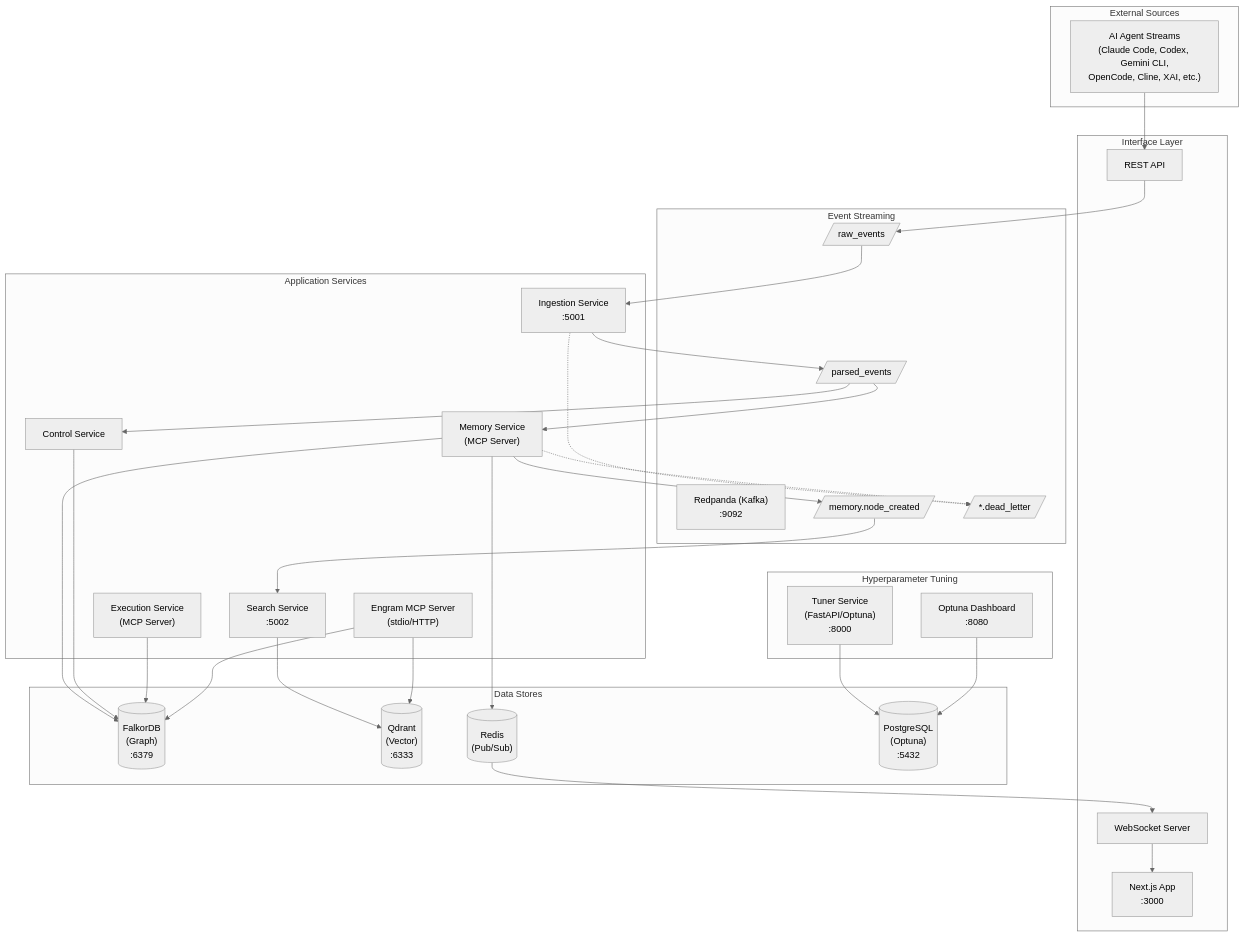
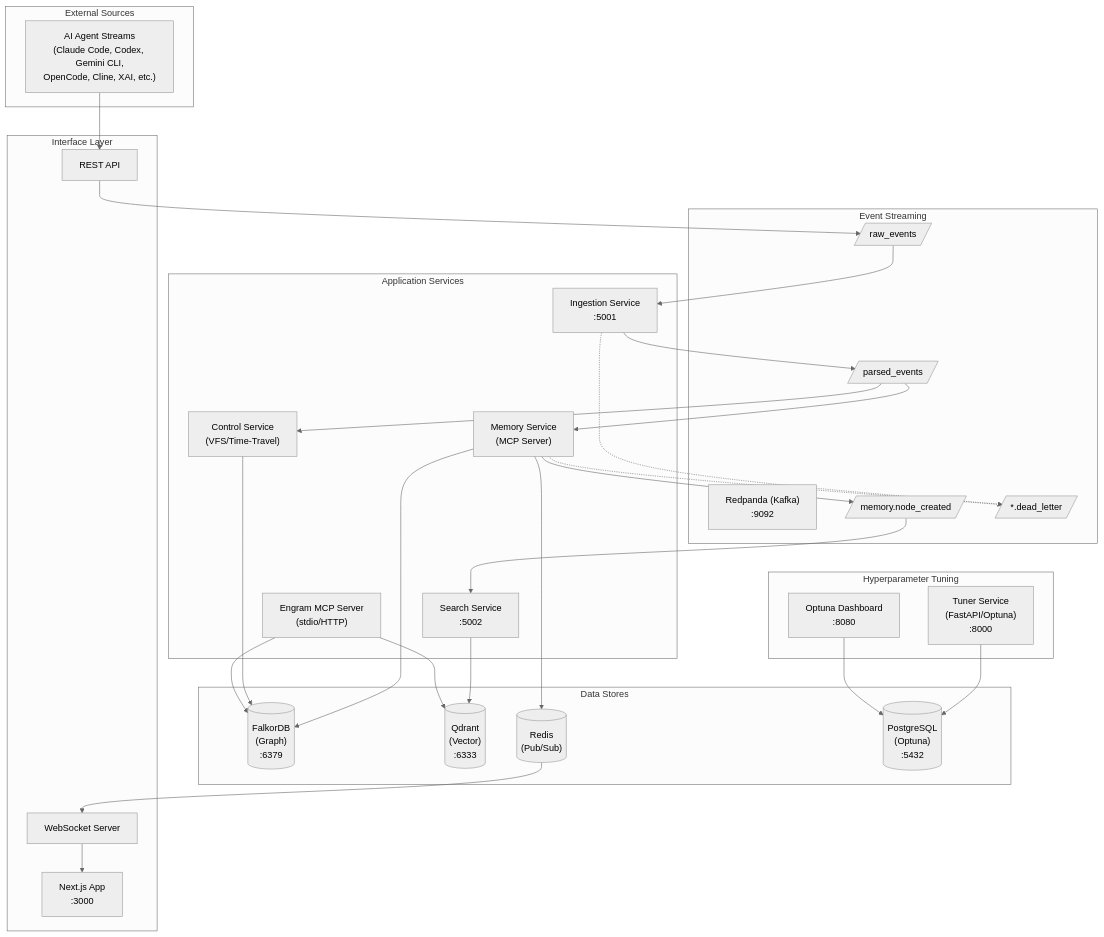
The first of 12 diagrams in ARCHITECTURE.md (rawcontext/engram), drawn with Mermaid (neutral theme) before and after one commit. The commit also changed other lines of this file and 13 other files, not shown here.

````diff
--- a/ARCHITECTURE.md
+++ b/ARCHITECTURE.md
@@ -7,68 +7,66 @@
 ```mermaid
 flowchart TB
     subgraph External["External Sources"]
         Agent["AI Agent Streams<br/>(Claude Code, Codex, Gemini CLI,<br/>OpenCode, Cline, XAI, etc.)"]
     end
 
     subgraph Interface["Interface Layer"]
         NextJS["Next.js App<br/>:3000"]
         WebSocket["WebSocket Server"]
         API["REST API"]
     end
 
     subgraph Streaming["Event Streaming"]
         Redpanda["Redpanda (Kafka)<br/>:9092"]
         RawTopic[/"raw_events"/]
         ParsedTopic[/"parsed_events"/]
         NodeTopic[/"memory.node_created"/]
         DLQ[/"*.dead_letter"/]
     end
 
     subgraph Services["Application Services"]
         Ingestion["Ingestion Service<br/>:5001"]
         Memory["Memory Service<br/>(MCP Server)"]
         Search["Search Service<br/>:5002"]
-        Control["Control Service"]
-        Execution["Execution Service<br/>(MCP Server)"]
+        Control["Control Service<br/>(VFS/Time-Travel)"]
         EngramMCP["Engram MCP Server<br/>(stdio/HTTP)"]
     end
 
     subgraph Storage["Data Stores"]
         Falkor[("FalkorDB<br/>(Graph)<br/>:6379")]
         Qdrant[("Qdrant<br/>(Vector)<br/>:6333")]
         Redis[("Redis<br/>(Pub/Sub)")]
         Postgres[("PostgreSQL<br/>(Optuna)<br/>:5432")]
     end
 
     subgraph Optimization["Hyperparameter Tuning"]
         Tuner["Tuner Service<br/>(FastAPI/Optuna)<br/>:8000"]
         Dashboard["Optuna Dashboard<br/>:8080"]
     end
 
     Agent --> API
     API --> RawTopic
     RawTopic --> Ingestion
     Ingestion --> ParsedTopic
     Ingestion -.-> DLQ
 
     ParsedTopic --> Memory
     ParsedTopic --> Control
     Memory --> Falkor
     Memory --> NodeTopic
     Memory --> Redis
     Memory -.-> DLQ
 
     NodeTopic --> Search
     Search --> Qdrant
 
     Redis --> WebSocket
     WebSocket --> NextJS
 
     Control --> Falkor
-    Execution --> Falkor
     EngramMCP --> Falkor
     EngramMCP --> Qdrant
 
     Tuner --> Postgres
     Dashboard --> Postgres
 ```
````
